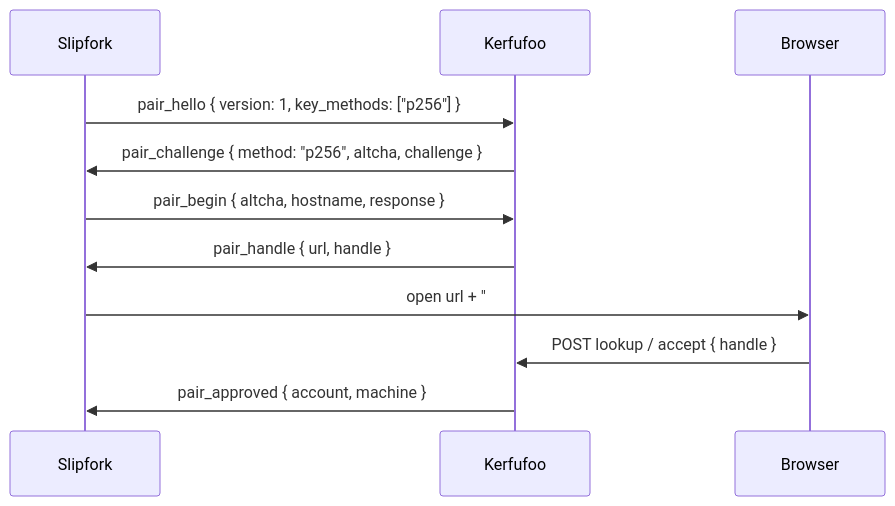
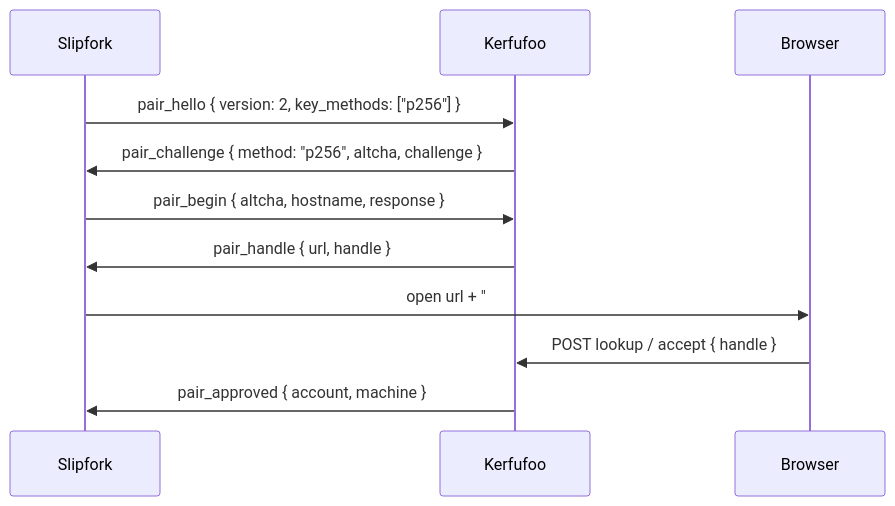
The second of 4 diagrams in docs/design/ospp.md (OffworldNexus/slipfork), drawn with Mermaid before and after one commit. The commit also changed other lines of this file and 41 other files, not shown here.

````diff
--- a/docs/design/ospp.md
+++ b/docs/design/ospp.md
@@ -54,13 +57,13 @@
 ```mermaid
 sequenceDiagram
   participant C as Slipfork
   participant S as Kerfufoo
   participant B as Browser
-  C->>S: pair_hello { version: 1, key_methods: ["p256"] }
+  C->>S: pair_hello { version: 2, key_methods: ["p256"] }
   S->>C: pair_challenge { method: "p256", altcha, challenge }
   C->>S: pair_begin { altcha, hostname, response }
   S->>C: pair_handle { url, handle }
   C->>B: open url + "#handle=" + handle
   B->>S: POST lookup / accept { handle }
   S->>C: pair_approved { account, machine }
 ```
````
